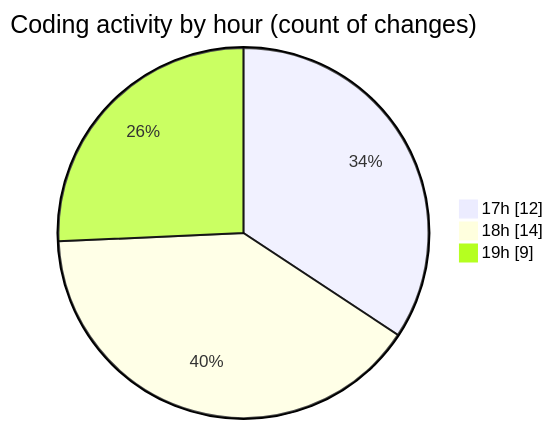
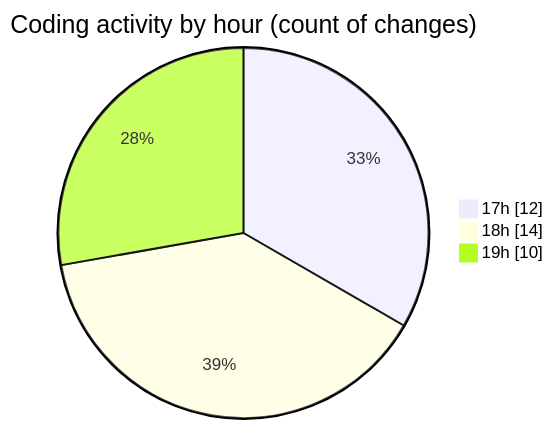
Before and after one commit to donsfak/code-tracking: the second of 2 diagrams in 2025-02-16/uber_clone/README.md, drawn with Mermaid. The commit also changed other lines of this file and 1 other file, not shown here.

````diff
--- a/2025-02-16/uber_clone/README.md
+++ b/2025-02-16/uber_clone/README.md
@@ -41,7 +41,7 @@
 ```mermaid
 pie showData
 title Coding activity by hour (count of changes)
 "17h" : 12
 "18h" : 14
-"19h" : 9
+"19h" : 10
 ```
````
